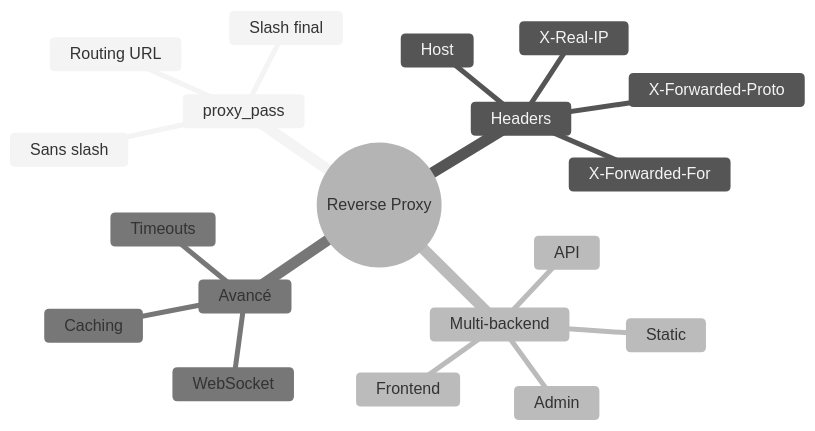
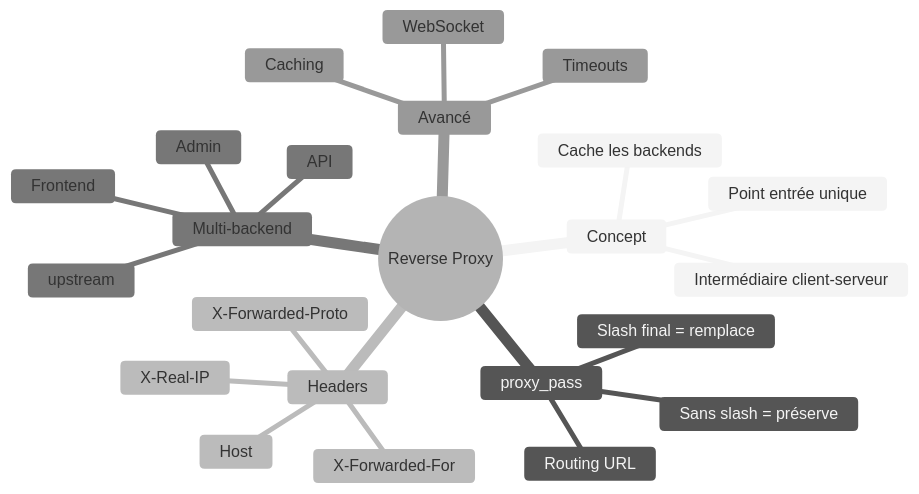
One commit to haythem-rehouma/deploiement-de-solutions-de-donnees changed the sixth of 6 diagrams in 04-docker-swarm-nginx/9-nginx-reverse-proxy.md. Above: the diagram before and after it, drawn with Mermaid (neutral theme). The commit also changed other lines of this file and 9 other files, not shown here.

````diff
--- a/04-docker-swarm-nginx/9-nginx-reverse-proxy.md
+++ b/04-docker-swarm-nginx/9-nginx-reverse-proxy.md
@@ -512,22 +669,26 @@
 ```mermaid
 mindmap
   root((Reverse Proxy))
+    Concept
+      Intermédiaire client-serveur
+      Cache les backends
+      Point entrée unique
     proxy_pass
       Routing URL
-      Slash final
-      Sans slash
+      Slash final = remplace
+      Sans slash = préserve
     Headers
       X-Real-IP
       X-Forwarded-For
       X-Forwarded-Proto
       Host
     Multi-backend
+      upstream
       Frontend
       API
       Admin
-      Static
     Avancé
       WebSocket
       Caching
       Timeouts
 ```
````
